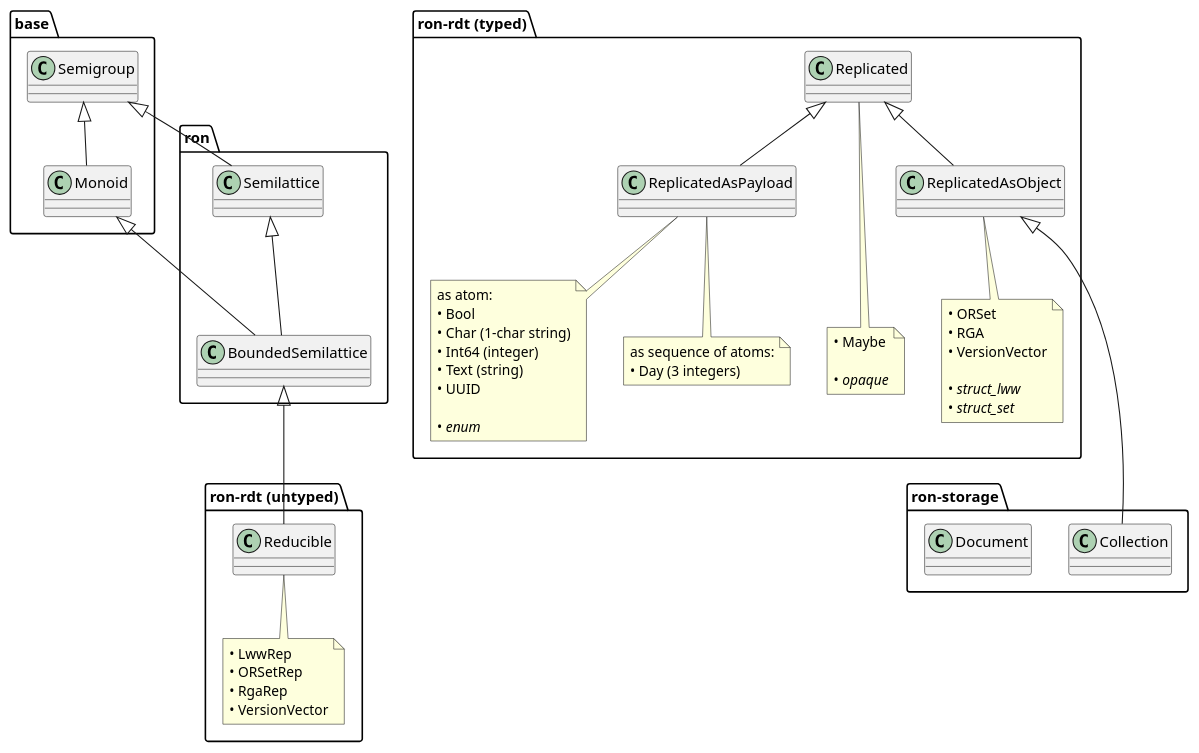
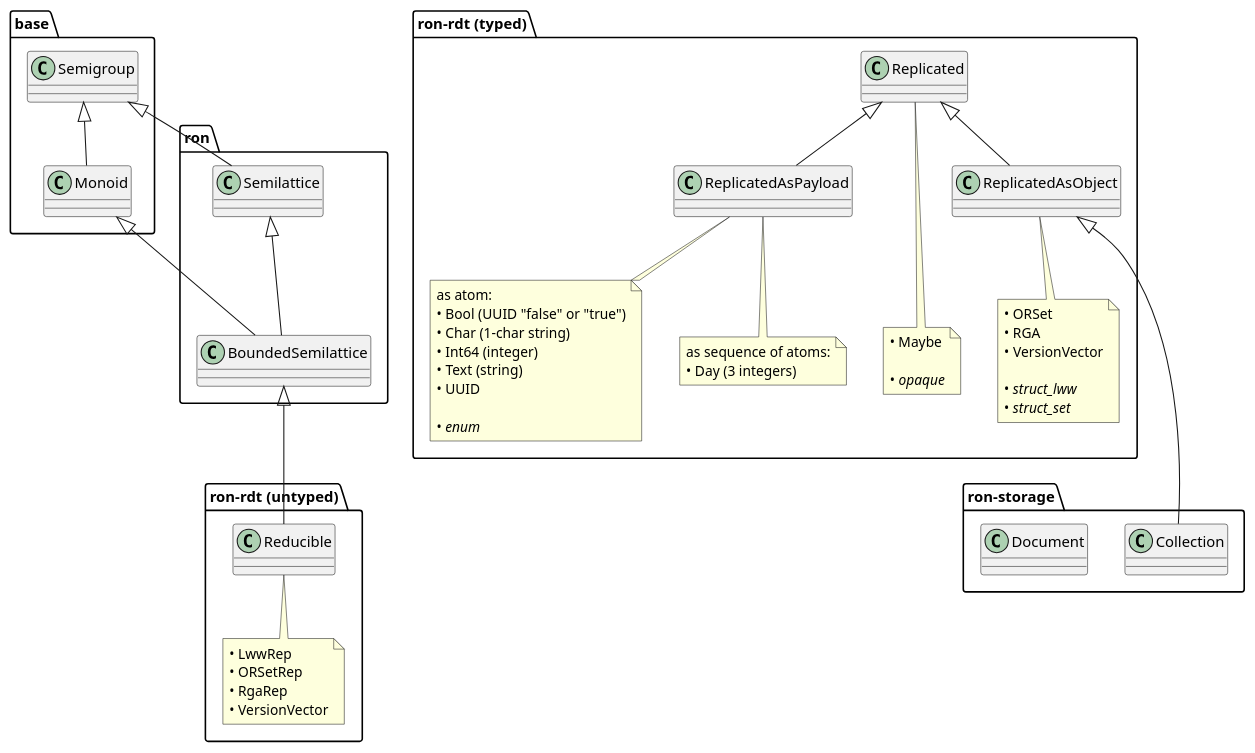
The diagram in doc/classes.puml (ff-notes/ron), drawn with PlantUML before and after one commit.

Commit message:
doc: Fix Bool encoding

```diff
--- a/doc/classes.puml
+++ b/doc/classes.puml
@@ -1,68 +1,68 @@
 @startuml RonClassesAndInstances
     package base {
         Semigroup <|-- Monoid
     }
 
     package ron {
         Semigroup <|-- Semilattice
         Semilattice <|-- BoundedSemilattice
         Monoid <|-- BoundedSemilattice
     }
 
     package "ron-rdt (untyped)" {
         BoundedSemilattice <|-- Reducible
 
         note as instances_Reducible
             • LwwRep
             • ORSetRep
             • RgaRep
             • VersionVector
         end note
         Reducible -- instances_Reducible
     }
 
     package "ron-rdt (typed)" {
         Replicated <|-- ReplicatedAsObject
         Replicated <|-- ReplicatedAsPayload
 
         note as instances_Replicated
             • Maybe
 
             • <i>opaque</i>
         end note
         Replicated --- instances_Replicated
 
         note as instances_ReplicatedAsObject
             • ORSet
             • RGA
             • VersionVector
 
             • <i>struct_lww</i>
             • <i>struct_set</i>
         end note
         ReplicatedAsObject -- instances_ReplicatedAsObject
 
         note as instances_ReplicatedAsPayload1
             as atom:
-            • Bool
+            • Bool (UUID "false" or "true")
             • Char (1-char string)
             • Int64 (integer)
             • Text (string)
             • UUID
 
             • <i>enum</i>
         end note
         ReplicatedAsPayload -- instances_ReplicatedAsPayload1
 
         note as instances_ReplicatedAsPayload2
             as sequence of atoms:
             • Day (3 integers)
         end note
         ReplicatedAsPayload -- instances_ReplicatedAsPayload2
     }
 
     package ron-storage {
         ReplicatedAsObject <|--- Collection
         class Document
     }
 @enduml
```
